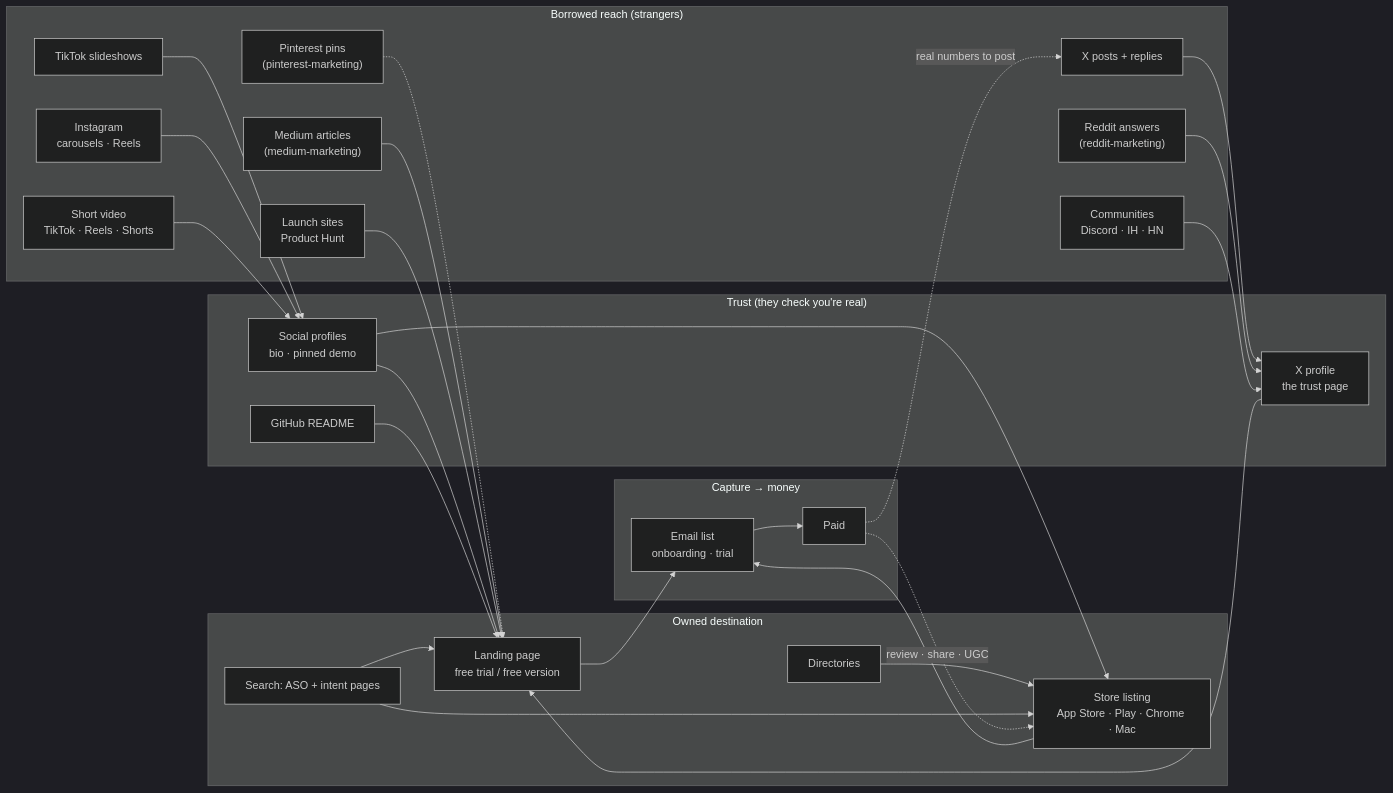
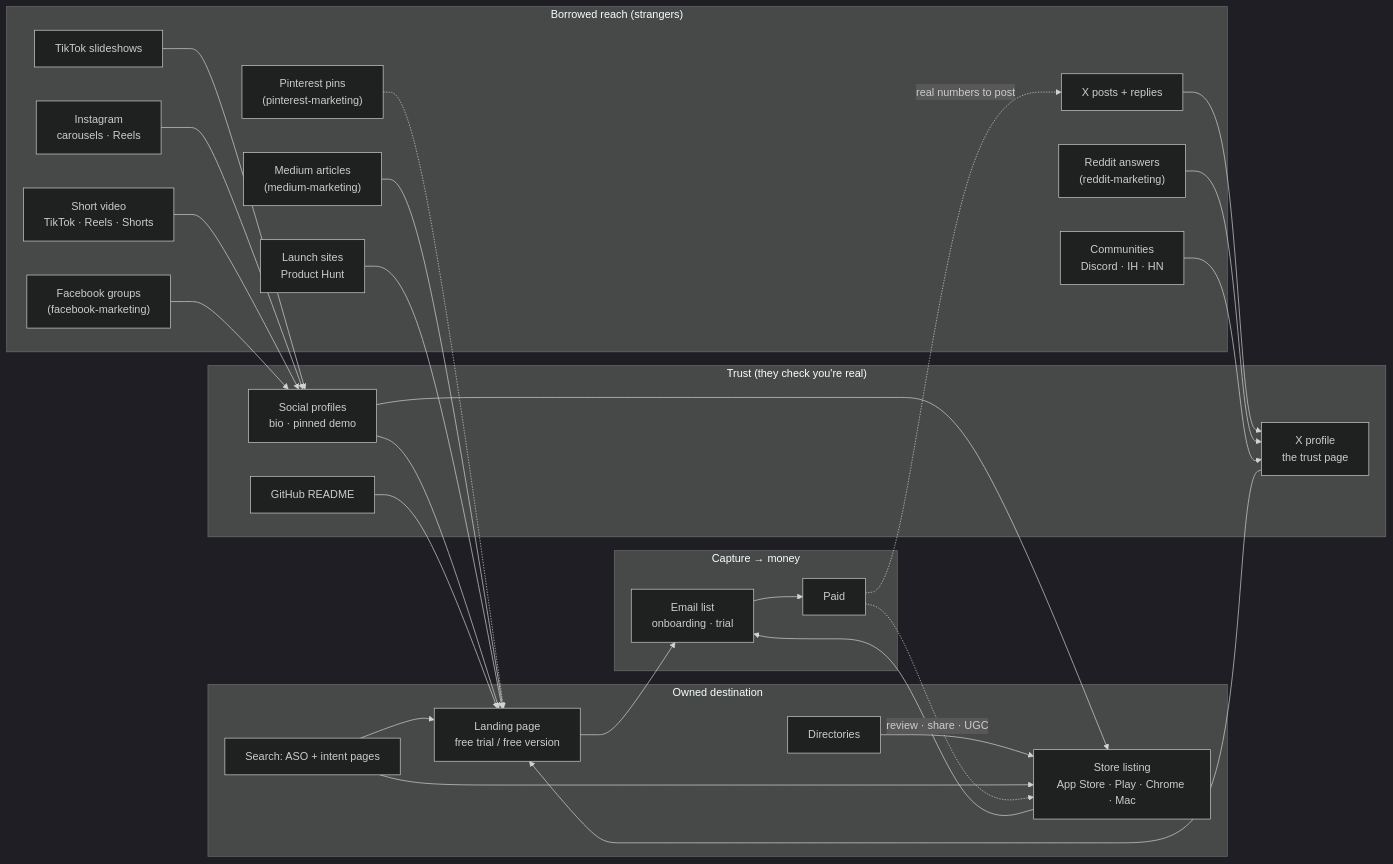
The first of 3 diagrams in marketing/README-marketing-social.md (OneClickTool/product-growth-playbook), drawn with Mermaid (dark theme) before and after one commit. The commit also changed other lines of this file and 42 other files, not shown here.

````diff
--- a/marketing/README-marketing-social.md
+++ b/marketing/README-marketing-social.md
@@ -30,50 +34,52 @@
 ```mermaid
 flowchart LR
     subgraph REACH["Borrowed reach (strangers)"]
         TT["TikTok slideshows"]
         IG["Instagram<br/>carousels · Reels"]
         X["X posts + replies"]
         SV["Short video<br/>TikTok · Reels · Shorts"]
         RD["Reddit answers<br/>(reddit-marketing)"]
         MD["Medium articles<br/>(medium-marketing)"]
         CM["Communities<br/>Discord · IH · HN"]
         PH["Launch sites<br/>Product Hunt"]
         PI["Pinterest pins<br/>(pinterest-marketing)"]
+        FB["Facebook groups<br/>(facebook-marketing)"]
     end
     subgraph TRUST["Trust (they check you're real)"]
         PR["Social profiles<br/>bio · pinned demo"]
         XP["X profile<br/>the trust page"]
         GH["GitHub README"]
     end
     subgraph OWN["Owned destination"]
         LP["Landing page<br/>free trial / free version"]
         ST["Store listing<br/>App Store · Play · Chrome · Mac"]
         DIR["Directories"]
         SEO["Search: ASO + intent pages"]
     end
     subgraph MONEY["Capture → money"]
         EM["Email list<br/>onboarding · trial"]
         PAY["Paid"]
     end
     TT --> PR
     IG --> PR
     SV --> PR
     PI -.-> LP
+    FB --> PR
     X --> XP
     RD --> XP
     MD --> LP
     CM --> XP
     PR --> LP
     PR --> ST
     XP --> LP
     GH --> LP
     PH --> LP
     DIR --> ST
     SEO --> ST
     SEO --> LP
     LP --> EM
     ST --> EM
     EM --> PAY
     PAY -. "review · share · UGC" .-> ST
     PAY -. "real numbers to post" .-> X
 ```
````
